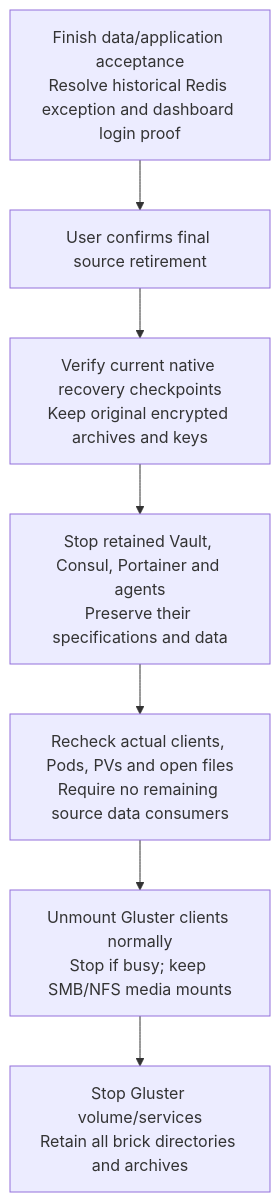
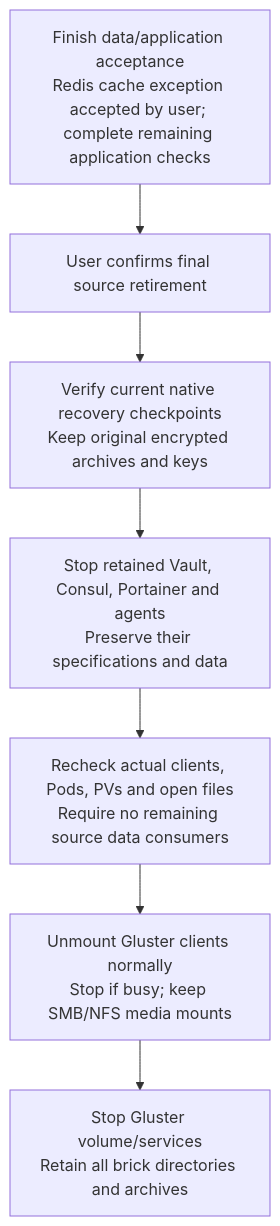
Before and after one commit to jtmb/branconet-homelab: the first of 4 diagrams in docs/MIGRATION-OPERATIONS.md, drawn with Mermaid. The commit also changed other lines of this file and 20 other files, not shown here.

````diff
--- a/docs/MIGRATION-OPERATIONS.md
+++ b/docs/MIGRATION-OPERATIONS.md
@@ -27,11 +27,11 @@
 ```mermaid
 flowchart TD
-    Evidence["Finish data/application acceptance<br/>Resolve historical Redis exception and dashboard login proof"]
+    Evidence["Finish data/application acceptance<br/>Redis cache exception accepted by user; complete remaining application checks"]
     Approval["User confirms final source retirement"]
     Checkpoint["Verify current native recovery checkpoints<br/>Keep original encrypted archives and keys"]
     Sources["Stop retained Vault, Consul, Portainer and agents<br/>Preserve their specifications and data"]
     Consumers["Recheck actual clients, Pods, PVs and open files<br/>Require no remaining source data consumers"]
     Unmount["Unmount Gluster clients normally<br/>Stop if busy; keep SMB/NFS media mounts"]
     Stop["Stop Gluster volume/services<br/>Retain all brick directories and archives"]
     Evidence --> Approval --> Checkpoint --> Sources --> Consumers --> Unmount --> Stop
 ```
````
